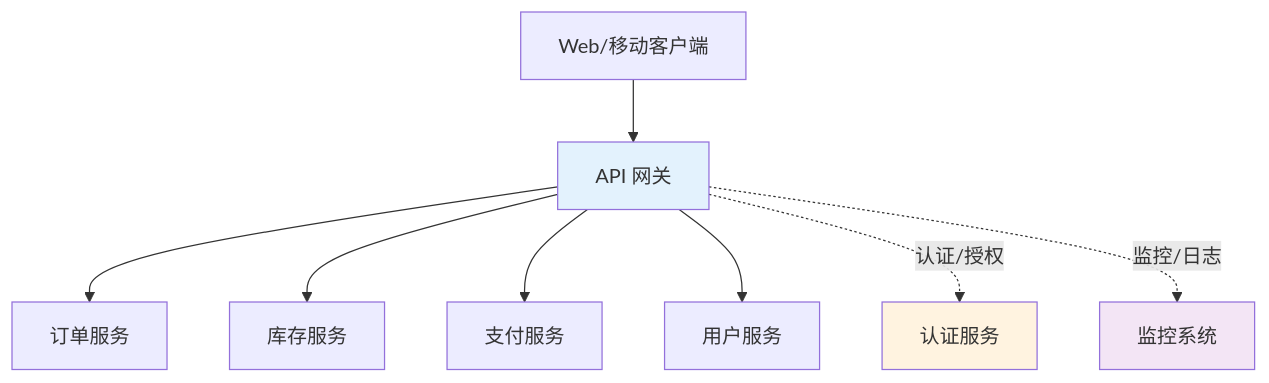
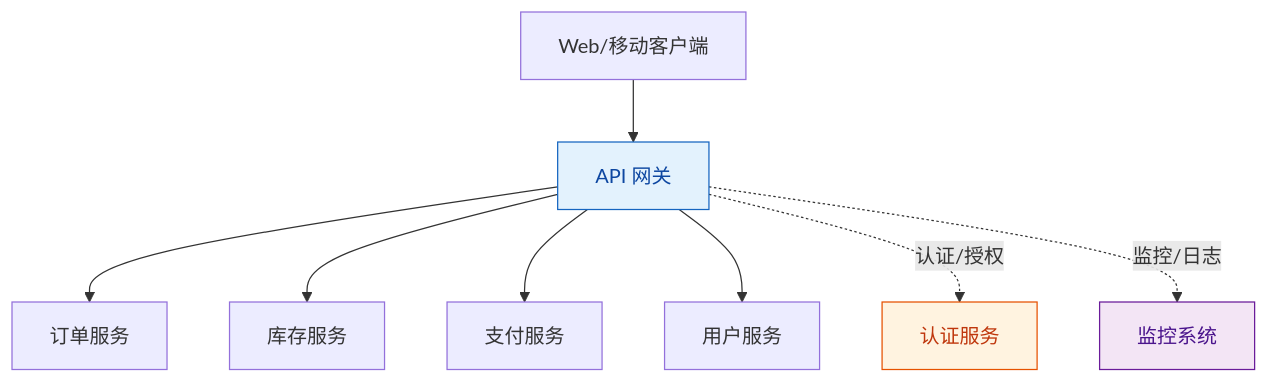
Before and after one commit to FreezeSoul/freezesoul.github.com: diagram 15 of 23 in _posts/2018-12-11-microservices-architecture.md, drawn with Mermaid. The commit also changed other lines of this file and 9 other files, not shown here.

Commit message:
修正mermaid配色与要求

````diff
--- a/_posts/2018-12-11-microservices-architecture.md
+++ b/_posts/2018-12-11-microservices-architecture.md
@@ -591,15 +591,15 @@
 ```mermaid
 graph TD
     A[Web/移动客户端] --> B[API 网关]
     B --> C[订单服务]
     B --> D[库存服务]
     B --> E[支付服务]
     B --> F[用户服务]
 
     B -.认证/授权.-> G[认证服务]
     B -.监控/日志.-> H[监控系统]
 
-    style B fill:#e3f2fd
-    style G fill:#fff3e0
-    style H fill:#f3e5f5
+    style B fill:#e3f2fd,stroke:#1565c0,color:#0d47a1
+    style G fill:#fff3e0,stroke:#e65100,color:#bf360c
+    style H fill:#f3e5f5,stroke:#6a1b9a,color:#4a148c
 ```
````
